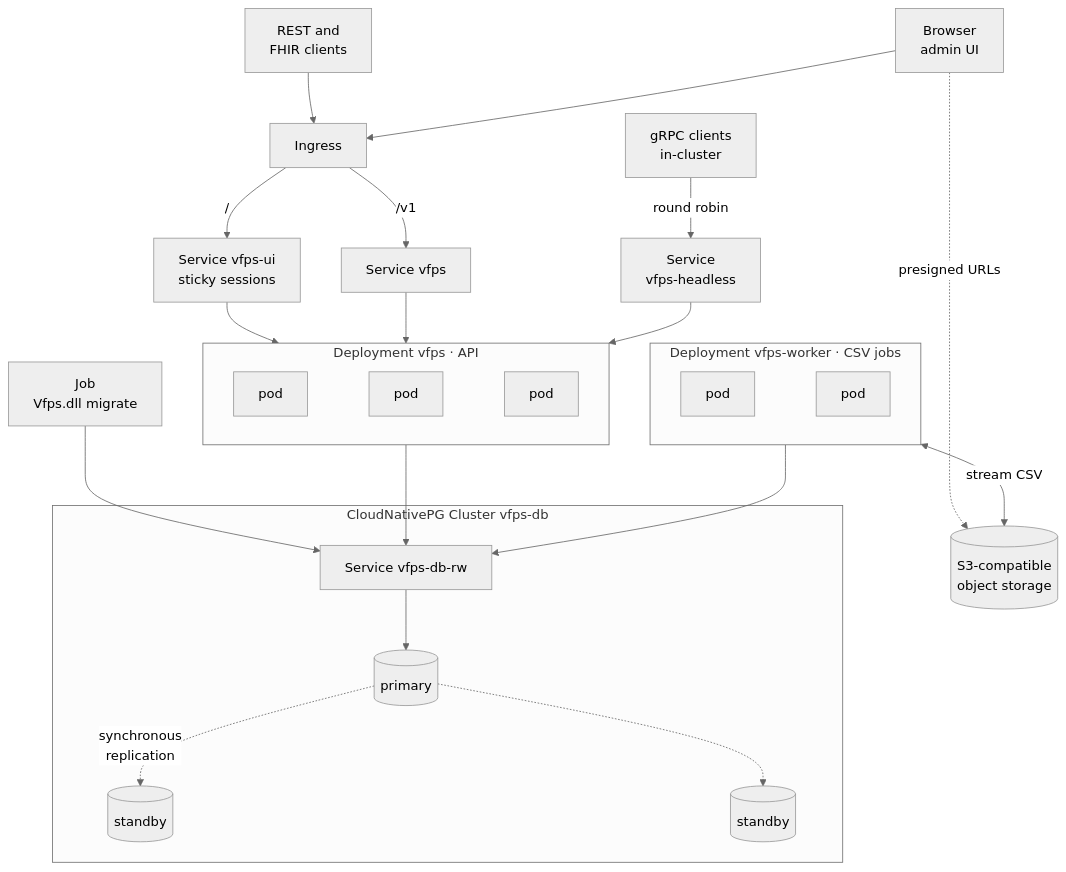
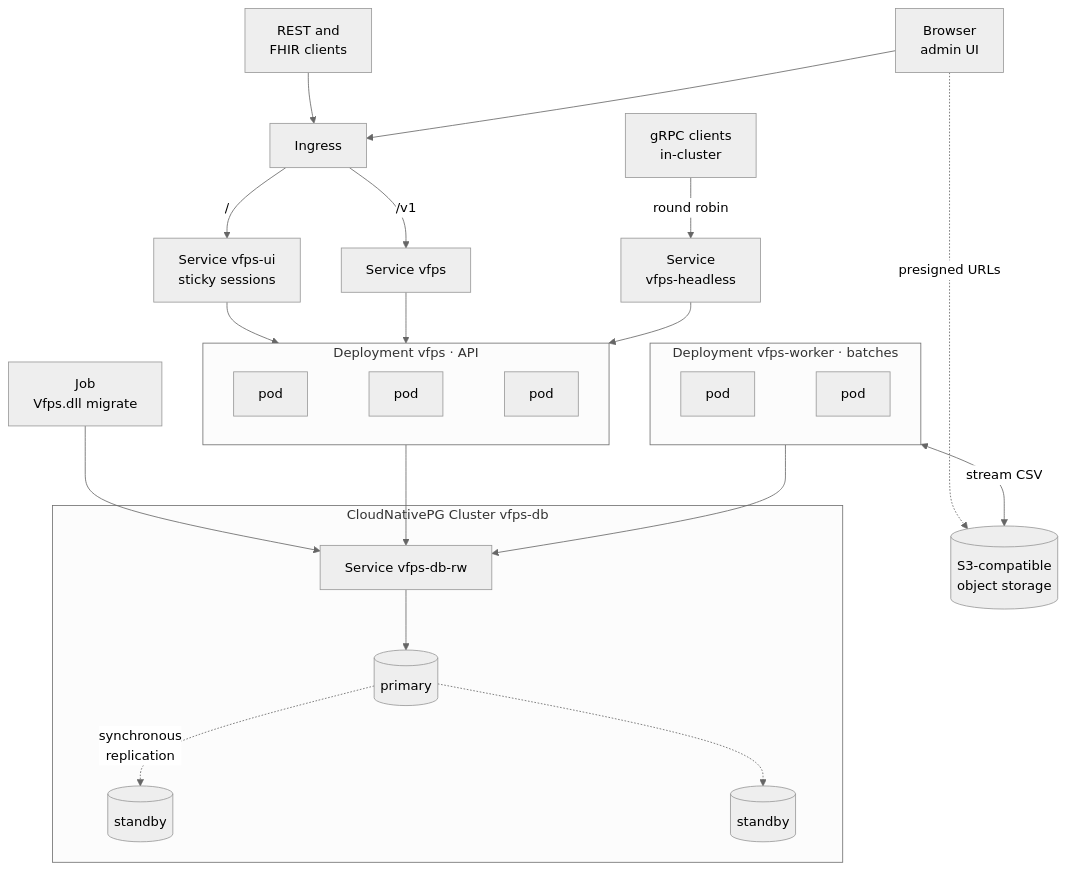
One commit to miracum/vfps changed the diagram in website/deployment/production.md. Above: the diagram before and after it, drawn with Mermaid (neutral theme). The commit also changed other lines of this file and 68 other files, not shown here.

````diff
--- a/website/deployment/production.md
+++ b/website/deployment/production.md
@@ -19,43 +19,43 @@
 ```mermaid
 flowchart TB
     rest["REST and<br/>FHIR clients"]
     browser["Browser<br/>admin UI"]
     grpc["gRPC clients<br/>in-cluster"]
 
     ingress["Ingress"]
     svc_ui["Service vfps-ui<br/>sticky sessions"]
     svc_api["Service vfps"]
     svc_headless["Service<br/>vfps-headless"]
 
     subgraph api["Deployment vfps · API"]
         direction LR
         api1["pod"] ~~~ api2["pod"] ~~~ api3["pod"]
     end
 
-    subgraph workers["Deployment vfps-worker · CSV jobs"]
+    subgraph workers["Deployment vfps-worker · batches"]
         direction LR
         worker1["pod"] ~~~ worker2["pod"]
     end
 
     migrate["Job<br/>Vfps.dll migrate"]
     s3[("S3-compatible<br/>object storage")]
 
     subgraph cnpg["CloudNativePG Cluster vfps-db"]
         rw["Service vfps-db-rw"] --> primary[("primary")]
         primary -. "synchronous<br/>replication" .-> standby1[("standby")]
         primary -.-> standby2[("standby")]
     end
 
     rest --> ingress
     browser --> ingress
     ingress -- "/" --> svc_ui --> api
     ingress -- "/v1" --> svc_api --> api
     grpc -- "round robin" --> svc_headless --> api
 
     api --> rw
     workers --> rw
     migrate --> rw
 
     browser -. "presigned URLs" .-> s3
     workers <-- "stream CSV" --> s3
 ```
````
